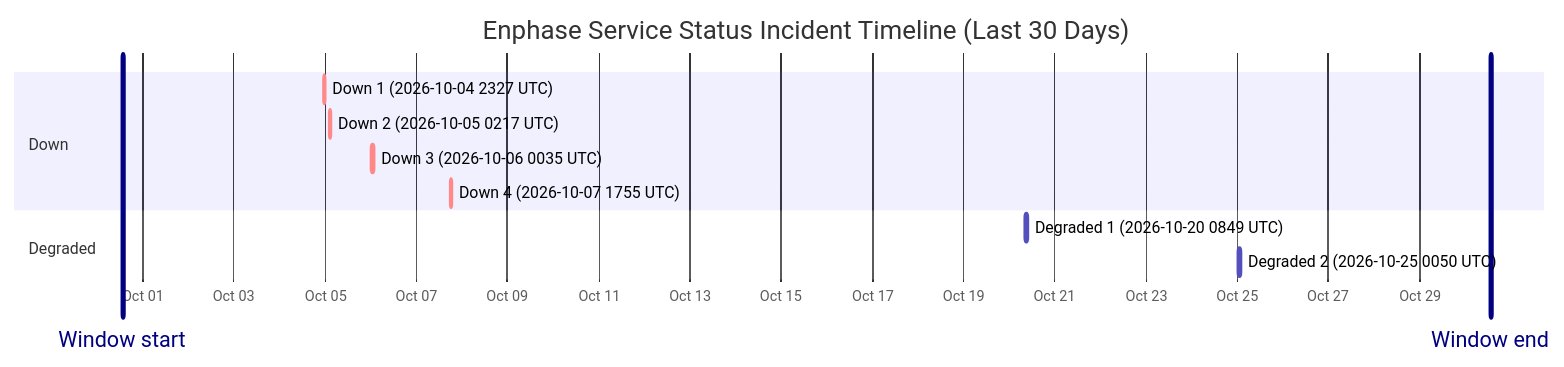
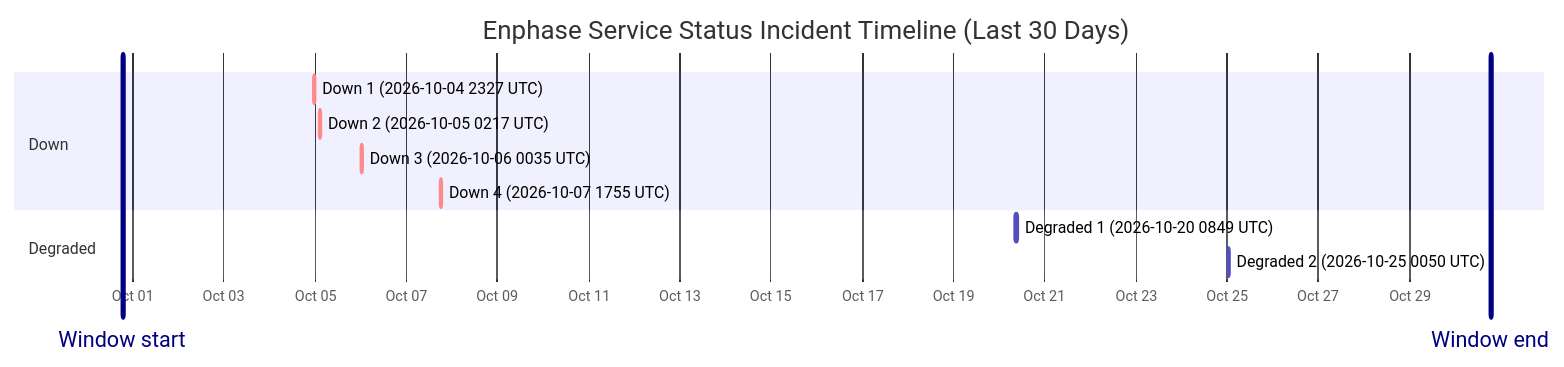
The diagram in wiki/Service-Status-History.md (barneyonline/ha-enphase-energy), drawn with Mermaid before and after one commit. The commit also changed other lines of this file and 3 other files, not shown here.

````diff
--- a/wiki/Service-Status-History.md
+++ b/wiki/Service-Status-History.md
@@ -14,16 +14,16 @@
 ```mermaid
 gantt
     title Enphase Service Status Incident Timeline (Last 30 Days)
     dateFormat  YYYY-MM-DDTHH:mm:ss
     axisFormat  %b %d
-    Window start :vert, window-start, 2026-09-30T13:18:47, 0ms
-    Window end :vert, window-end, 2026-10-30T13:18:47, 0ms
+    Window start :vert, window-start, 2026-09-30T18:43:12, 0ms
+    Window end :vert, window-end, 2026-10-30T18:43:12, 0ms
     section Down
     Down 1 (2026-10-04 2327 UTC) :crit, down-1, 2026-10-04T23:27:34, 60m
     Down 2 (2026-10-05 0217 UTC) :crit, down-2, 2026-10-05T02:17:30, 60m
     Down 3 (2026-10-06 0035 UTC) :crit, down-3, 2026-10-06T00:35:21, 60m
     Down 4 (2026-10-07 1755 UTC) :crit, down-4, 2026-10-07T17:55:16, 60m
     section Degraded
     Degraded 1 (2026-10-20 0849 UTC) :active, degraded-1, 2026-10-20T08:49:49, 60m
     Degraded 2 (2026-10-25 0050 UTC) :active, degraded-2, 2026-10-25T00:50:01, 60m
 ```
````
